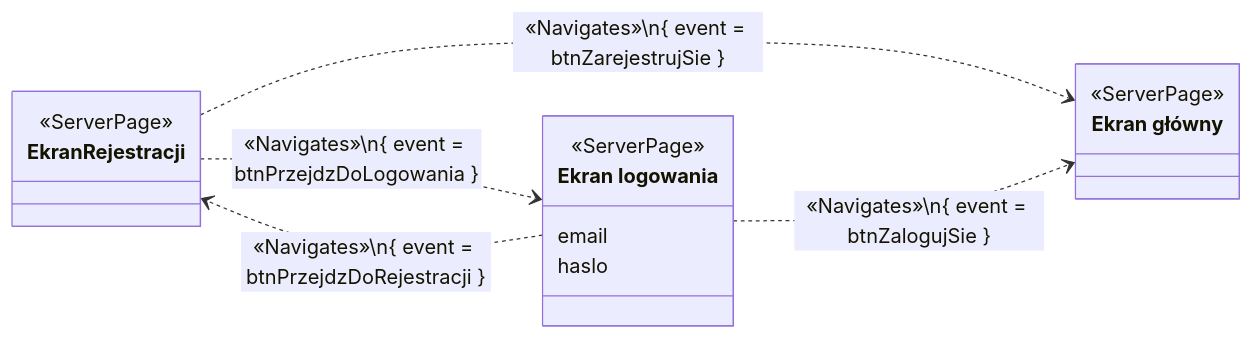
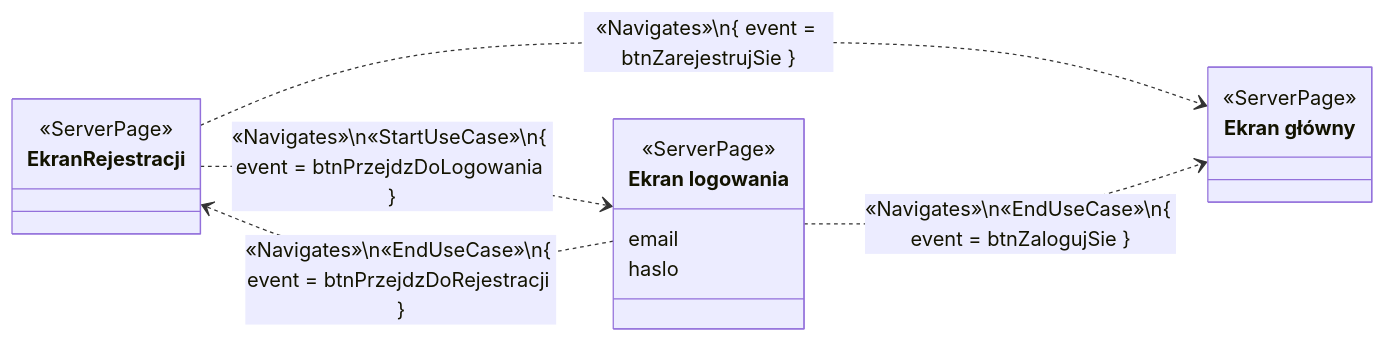
One commit to PWR-ACS-SE-24/SoftwareSystemDesign changed the third of 5 diagrams in documentation/course/E1.md. Above: the diagram before and after it, drawn with Mermaid. The commit also changed other lines of this file, not shown here.

Commit message:
Add missing use case stereotypes

````diff
--- a/documentation/course/E1.md
+++ b/documentation/course/E1.md
@@ -623,16 +623,16 @@
 ```mermaid
 classDiagram
     direction LR
     class EkranRejestracji { <<ServerPage>> }
     class LoginScreen["Ekran logowania"] {
         <<ServerPage>>
         email
         haslo
     }
     class MainScreen["Ekran główny"] { <<ServerPage>> }
 
-    EkranRejestracji ..> LoginScreen: «Navigates»\n{ event = btnPrzejdzDoLogowania }
+    EkranRejestracji ..> LoginScreen: «Navigates»\n«StartUseCase»\n{ event = btnPrzejdzDoLogowania }
     EkranRejestracji ..> MainScreen: «Navigates»\n{ event = btnZarejestrujSie }
-    LoginScreen ..> EkranRejestracji: «Navigates»\n{ event = btnPrzejdzDoRejestracji }
-    LoginScreen ..> MainScreen: «Navigates»\n{ event = btnZalogujSie }
+    LoginScreen ..> EkranRejestracji: «Navigates»\n«EndUseCase»\n{ event = btnPrzejdzDoRejestracji }
+    LoginScreen ..> MainScreen: «Navigates»\n«EndUseCase»\n{ event = btnZalogujSie }
 ```
````
